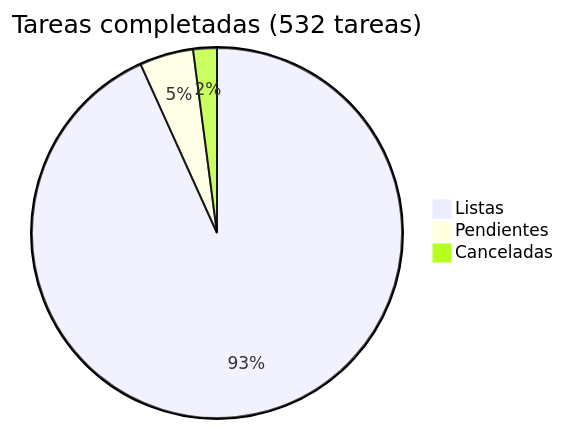
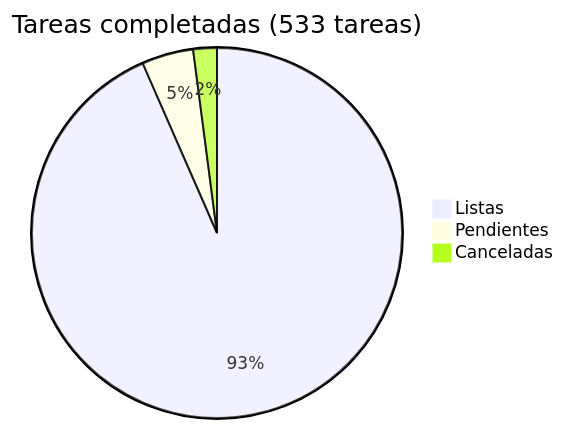
The diagram in docs/roadmap/README.md (araguaney-org/araguaney), drawn with Mermaid before and after one commit. The commit also changed other lines of this file and 5 other files, not shown here.

````diff
--- a/docs/roadmap/README.md
+++ b/docs/roadmap/README.md
@@ -5,6 +5,6 @@
 ```mermaid
-pie title Tareas completadas (532 tareas)
-    "Listas" : 496
-    "Pendientes" : 25
+pie title Tareas completadas (533 tareas)
+    "Listas" : 498
+    "Pendientes" : 24
     "Canceladas" : 11
 ```
````
